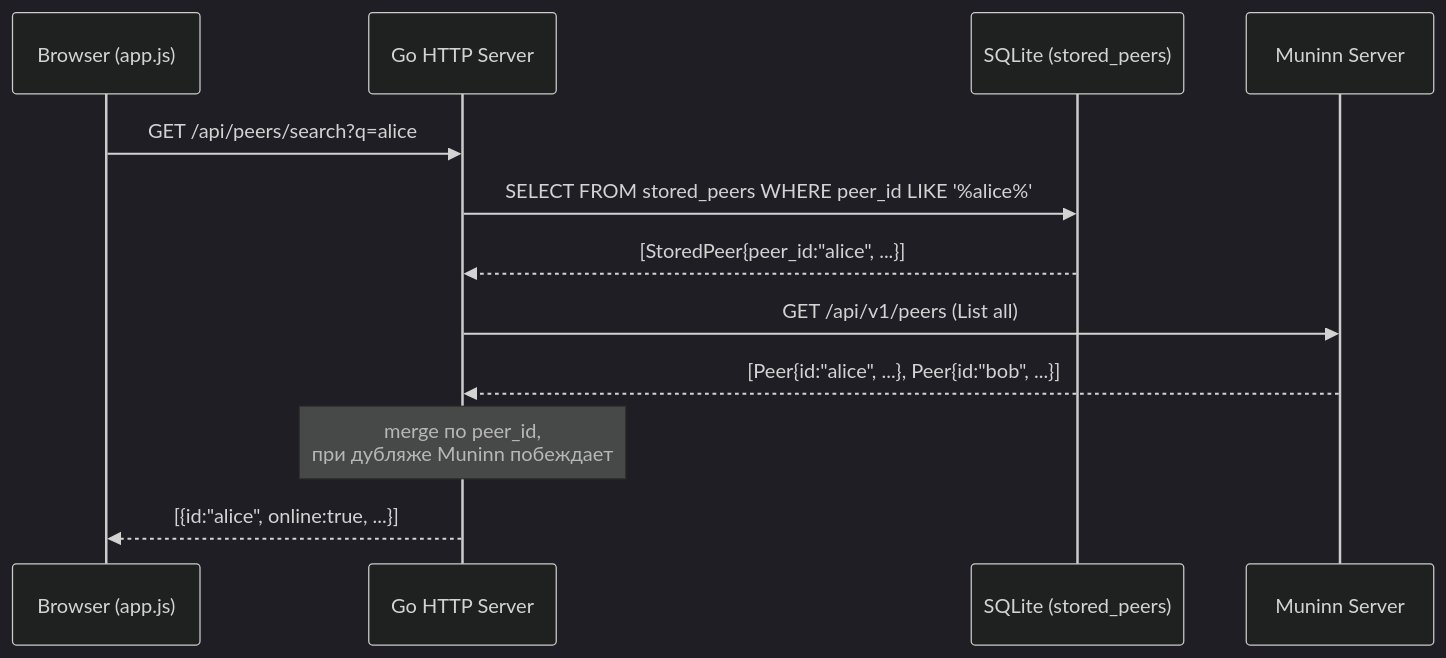
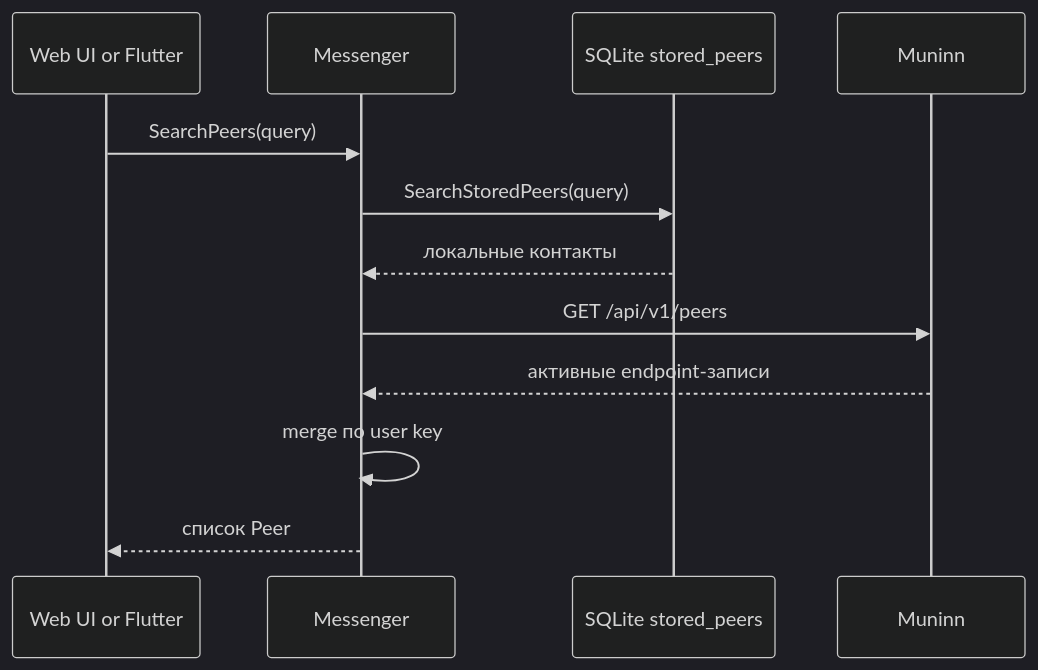
One commit to killbane1232/huginn-messenger changed the third of 9 diagrams in docs/architecture.md. Above: the diagram before and after it, drawn with Mermaid (dark theme). The commit also changed other lines of this file and 1 other file, not shown here.

````diff
--- a/docs/architecture.md
+++ b/docs/architecture.md
@@ -31,15 +91,15 @@
 ```mermaid
 sequenceDiagram
-    participant UI as Browser (app.js)
-    participant API as Go HTTP Server
-    participant DB as SQLite (stored_peers)
-    participant M as Muninn Server
+    participant UI as Web UI or Flutter
+    participant H as Messenger
+    participant DB as SQLite stored_peers
+    participant M as Muninn
 
-    UI->>API: GET /api/peers/search?q=alice
-    API->>DB: SELECT FROM stored_peers WHERE peer_id LIKE '%alice%'
-    DB-->>API: [StoredPeer{peer_id:"alice", ...}]
-    API->>M: GET /api/v1/peers (List all)
-    M-->>API: [Peer{id:"alice", ...}, Peer{id:"bob", ...}]
-    Note over API: merge по peer_id,<br/>при дубляже Muninn побеждает
-    API-->>UI: [{id:"alice", online:true, ...}]
+    UI->>H: SearchPeers(query)
+    H->>DB: SearchStoredPeers(query)
+    DB-->>H: локальные контакты
+    H->>M: GET /api/v1/peers
+    M-->>H: активные endpoint-записи
+    H->>H: merge по user key
+    H-->>UI: список Peer
 ```
````
